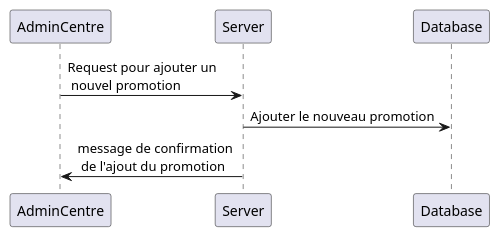
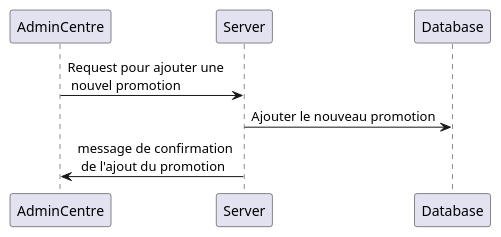
Before and after one commit to elhajuojy/api-promotion-marjane: the diagram in connecption/sequance-diagram/admin-centre-ajouter-promotion.puml, drawn with PlantUML. The commit also changed 3 other files, not shown here.

Commit message:
[  Observables ] [ Utilisation Observables envoye Notification si il y a une Promotion  ]

```diff
--- a/connecption/sequance-diagram/admin-centre-ajouter-promotion.puml
+++ b/connecption/sequance-diagram/admin-centre-ajouter-promotion.puml
@@ -1,6 +1,6 @@
 @startuml
 
-AdminCentre -> Server : Request pour ajouter un \n nouvel promotion
+AdminCentre -> Server : Request pour ajouter une \n nouvel promotion
 Server -> Database : Ajouter le nouveau promotion
 Server -> AdminCentre : message de confirmation \n de l'ajout du promotion
 @enduml
```
